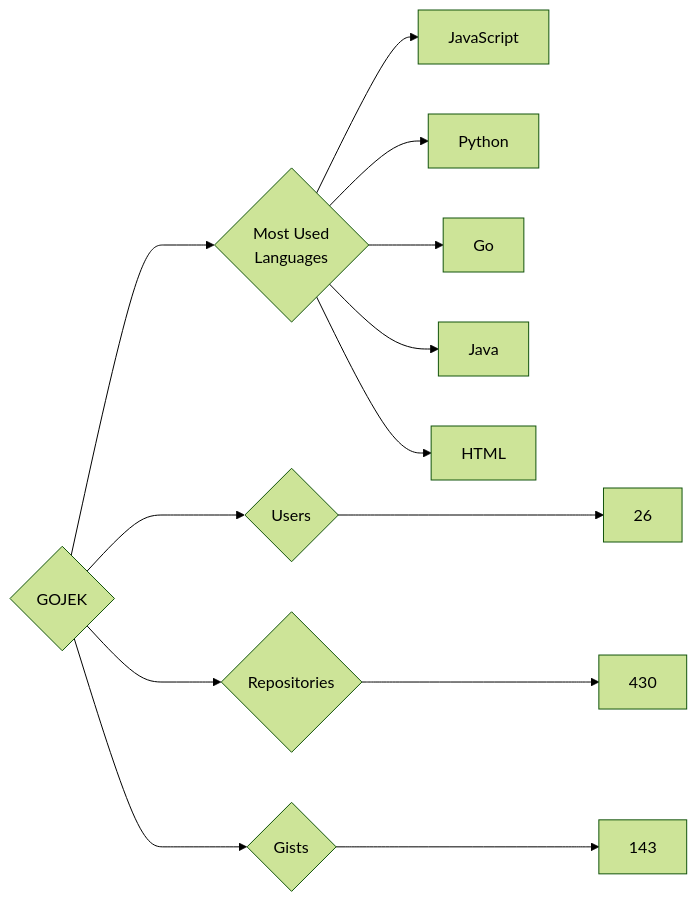
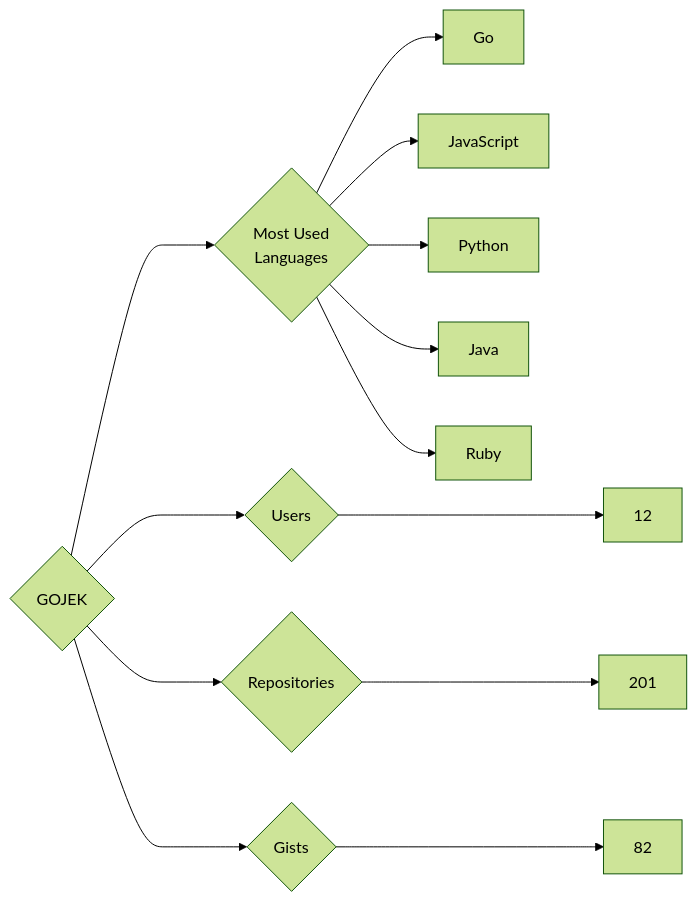
Before and after one commit to trickest/insiders: the diagram in targets/GOJEK/README.md, drawn with Mermaid (forest theme). The commit also changed 998 other files, not shown here.

````diff
--- a/targets/GOJEK/README.md
+++ b/targets/GOJEK/README.md
@@ -3,13 +3,13 @@
 ```mermaid
 graph LR
 COMPANY_NAME{GOJEK}
-COMPANY_NAME ---> U{Users} ---> UN[26]
-COMPANY_NAME ---> R{Repositories} ---> RN[430]
-COMPANY_NAME ---> G{Gists} ---> GN[143]
+COMPANY_NAME ---> U{Users} ---> UN[12]
+COMPANY_NAME ---> R{Repositories} ---> RN[201]
+COMPANY_NAME ---> G{Gists} ---> GN[82]
 COMPANY_NAME ---> ML{Most Used<br>Languages}
+ML --> Go[Go]
 ML --> JavaScript[JavaScript]
 ML --> Python[Python]
-ML --> Go[Go]
 ML --> Java[Java]
-ML --> HTML[HTML]
+ML --> Ruby[Ruby]
 ```
````
